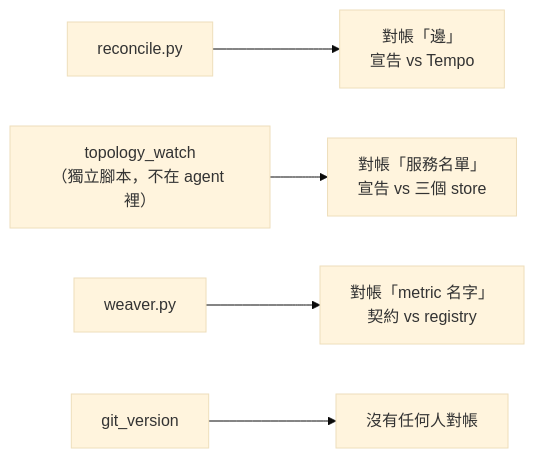
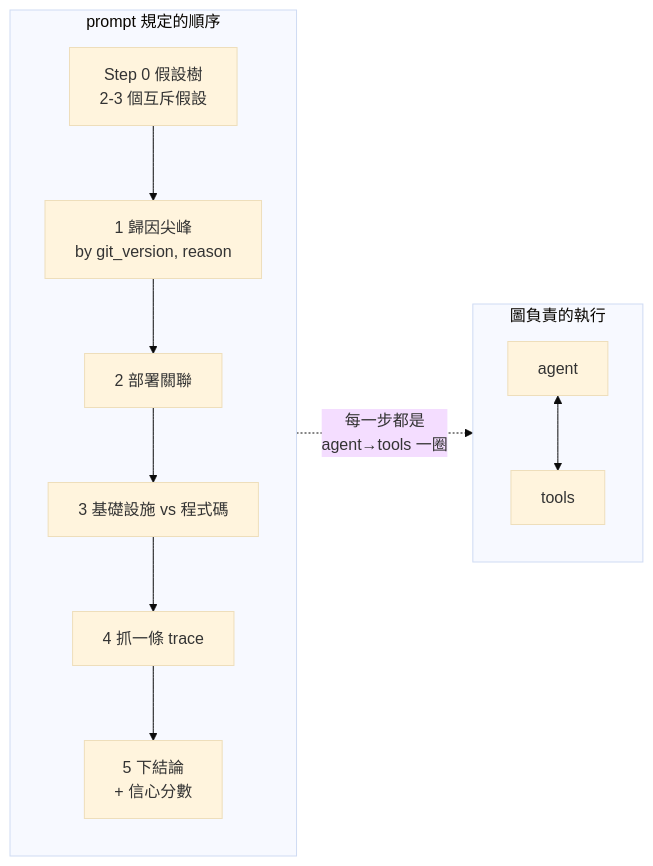
The second of 3 diagrams in weaver-demo/ironman-2026/day21.md (tedmax100/o11y-bench), drawn with Mermaid (base theme) before and after one commit. The commit also changed other lines of this file and 29 other files, not shown here.

````diff
--- a/weaver-demo/ironman-2026/day21.md
+++ b/weaver-demo/ironman-2026/day21.md
@@ -126,7 +255,14 @@
 ```mermaid
 flowchart LR
-    R["reconcile.py"] --> RE["對帳「邊」<br/>宣告 vs Tempo"]
-    W["topology_watch<br/>（獨立腳本，不在 agent 裡）"] --> WS["對帳「服務名單」<br/>宣告 vs 三個 store"]
-    V["weaver.py"] --> VM["對帳「metric 名字」<br/>契約 vs registry"]
-    G["git_version"] --> N["沒有任何人對帳"]
+    subgraph P["prompt 規定的順序"]
+        H["Step 0 假設樹<br/>2-3 個互斥假設"] --> Q1["1 歸因尖峰<br/>by git_version, reason"]
+        Q1 --> Q2["2 部署關聯"]
+        Q2 --> Q3["3 基礎設施 vs 程式碼"]
+        Q3 --> Q4["4 抓一條 trace"]
+        Q4 --> C["5 下結論<br/>+ 信心分數"]
+    end
+    subgraph G["圖負責的執行"]
+        AG["agent"] <--> TL["tools"]
+    end
+    P -.->|"每一步都是<br/>agent→tools 一圈"| G
 ```
````
